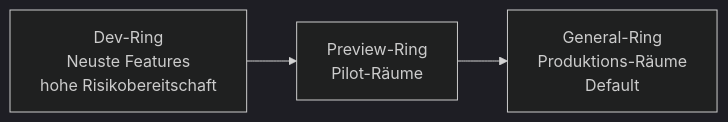
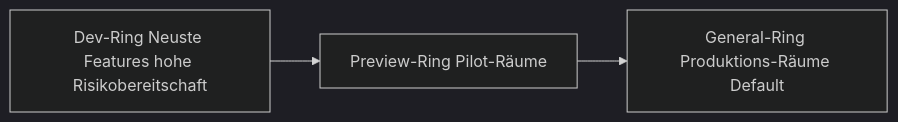
Before and after one commit to SoniiiT/notes-n-docs: the second of 2 diagrams in Microsoft 365/Teams/Teams Rooms.md, drawn with Mermaid (dark theme). The commit also changed other lines of this file and 124 other files, not shown here.

First line of the commit message:
fix: Entferne \n aus allen Mermaid-Diagrammen (125 Dateien)

````diff
--- a/Microsoft 365/Teams/Teams Rooms.md
+++ b/Microsoft 365/Teams/Teams Rooms.md
@@ -207,5 +207,5 @@
 ```mermaid
 graph LR
-    DEV[Dev-Ring\nNeuste Features\nhohe Risikobereitschaft] --> PILOT[Preview-Ring\nPilot-Räume]
-    PILOT --> GENERAL[General-Ring\nProduktions-Räume\nDefault]
+    DEV[Dev-Ring Neuste Features hohe Risikobereitschaft] --> PILOT[Preview-Ring Pilot-Räume]
+    PILOT --> GENERAL[General-Ring Produktions-Räume Default]
 ```
````
